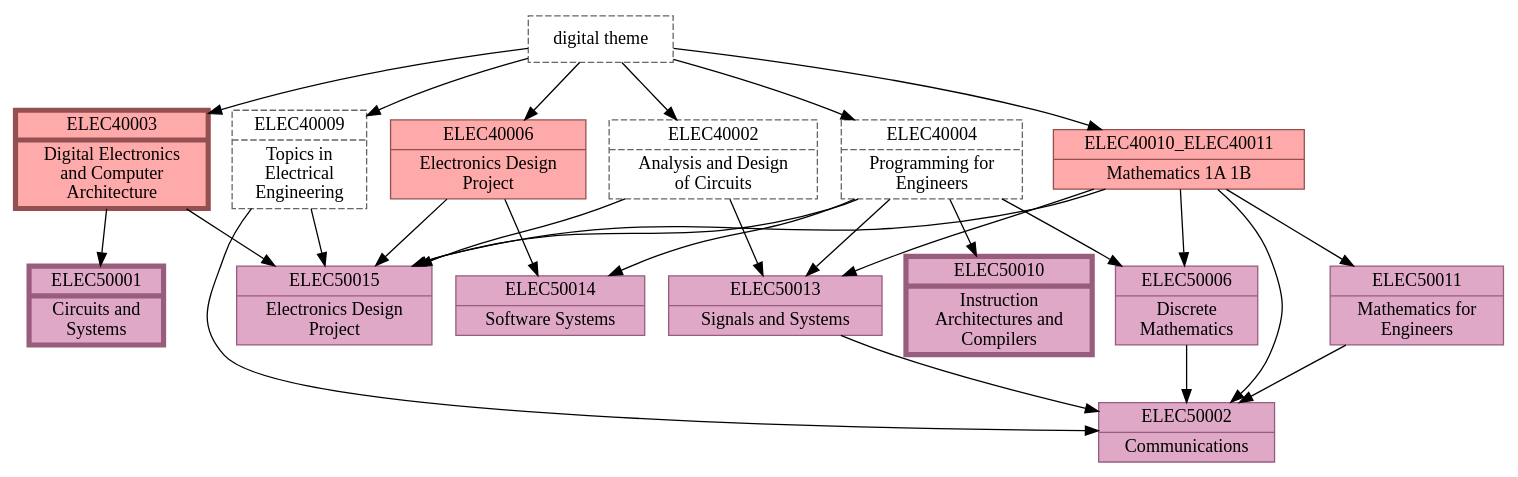
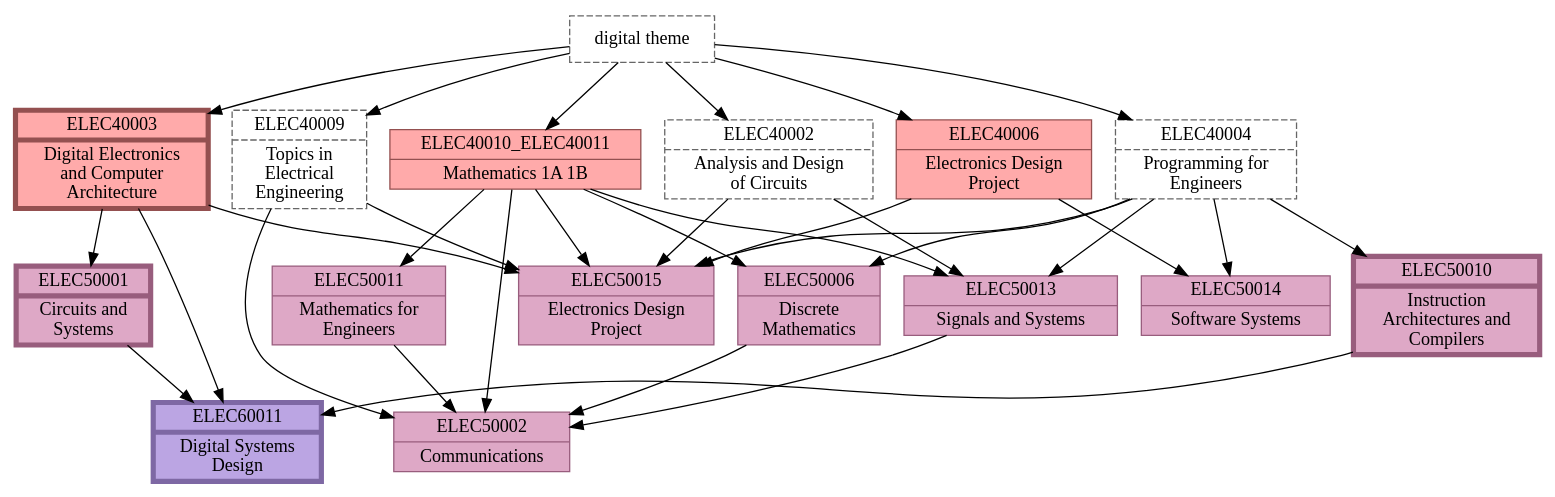
The diagram in modules_with_root.dot (johnwickerson/ee_modules), drawn with Graphviz before and after one commit. The commit also changed 3 other files, not shown here.

```diff
--- a/modules_with_root.dot
+++ b/modules_with_root.dot
@@ -1,96 +1,101 @@
 // This is an auto-generated file. Don't edit this file; edit `modules.yml` instead.
 
 digraph G {
   graph[root="root"];
   node[shape="record", style="filled"];
 
   node[color="#945050", fillcolor="#ffaaaa", penwidth=4, style="filled"];
 
   ELEC40003 [label="{ELEC40003 | Digital Electronics\nand Computer\nArchitecture}"];
 
 
   node[penwidth=1];
 
   ELEC40006 [label="{ELEC40006 | Electronics Design\nProject}"];
 
   ELEC40010_ELEC40011 [label="{ELEC40010_ELEC40011 | Mathematics 1A 1B}"];
 
 
   node[color="#666666", fillcolor="#dddddd", style="dashed"];
 
   ELEC40009 [label="{ELEC40009 | Topics in\nElectrical\nEngineering}"];
 
   ELEC40002 [label="{ELEC40002 | Analysis and Design\nof Circuits}"];
 
   ELEC40004 [label="{ELEC40004 | Programming for\nEngineers}"];
 
   node[color="#985d7d", fillcolor="#dea8c6", penwidth=4, style="filled"];
 
   ELEC50001 [label="{ELEC50001 | Circuits and\nSystems}"];
   ELEC40003 -> ELEC50001;
 
   ELEC50010 [label="{ELEC50010 | Instruction\nArchitectures and\nCompilers}"];
   ELEC40004 -> ELEC50010;
 
 
   node[penwidth=1];
 
   ELEC50002 [label="{ELEC50002 | Communications}"];
   ELEC40009 -> ELEC50002;
   ELEC40010_ELEC40011 -> ELEC50002;
   ELEC50006 -> ELEC50002;
   ELEC50011 -> ELEC50002;
   ELEC50013 -> ELEC50002;
 
   ELEC50015 [label="{ELEC50015 | Electronics Design\nProject}"];
   ELEC40002 -> ELEC50015;
   ELEC40003 -> ELEC50015;
   ELEC40004 -> ELEC50015;
   ELEC40006 -> ELEC50015;
   ELEC40009 -> ELEC50015;
   ELEC40010_ELEC40011 -> ELEC50015;
 
   ELEC50014 [label="{ELEC50014 | Software Systems}"];
   ELEC40004 -> ELEC50014;
   ELEC40006 -> ELEC50014;
 
   ELEC50006 [label="{ELEC50006 | Discrete\nMathematics}"];
   ELEC40004 -> ELEC50006;
   ELEC40010_ELEC40011 -> ELEC50006;
 
   ELEC50011 [label="{ELEC50011 | Mathematics for\nEngineers}"];
   ELEC40010_ELEC40011 -> ELEC50011;
 
 
   node[color="#666666", fillcolor="#dddddd", style="dashed"];
 
   ELEC50013 [label="{ELEC50013 | Signals and Systems}"];
   ELEC40002 -> ELEC50013;
   ELEC40004 -> ELEC50013;
   ELEC40010_ELEC40011 -> ELEC50013;
 
   node[color="#7e68a4", fillcolor="#bba5e3", penwidth=4, style="filled"];
 
+  ELEC60011 [label="{ELEC60011 | Digital Systems\nDesign}"];
+  ELEC40003 -> ELEC60011 [weight=0];
+  ELEC50001 -> ELEC60011;
+  ELEC50010 -> ELEC60011;
+
 
   node[penwidth=1];
 
 
   node[color="#666666", fillcolor="#dddddd", style="dashed"];
 
   node[color="#4d5395", fillcolor="#9aa3ff", penwidth=4, style="filled"];
 
 
   node[penwidth=1];
 
 
   node[color="#666666", fillcolor="#dddddd", style="dashed"];
 
   root[label="digital theme", color="#666666", fillcolor="#dddddd"];
-  root -> ELEC40003;
   root -> ELEC40009;
   root -> ELEC40006;
   root -> ELEC40002;
+  root -> ELEC40010_ELEC40011;
+  root -> ELEC40003;
   root -> ELEC40004;
-  root -> ELEC40010_ELEC40011;
 
 }
```
